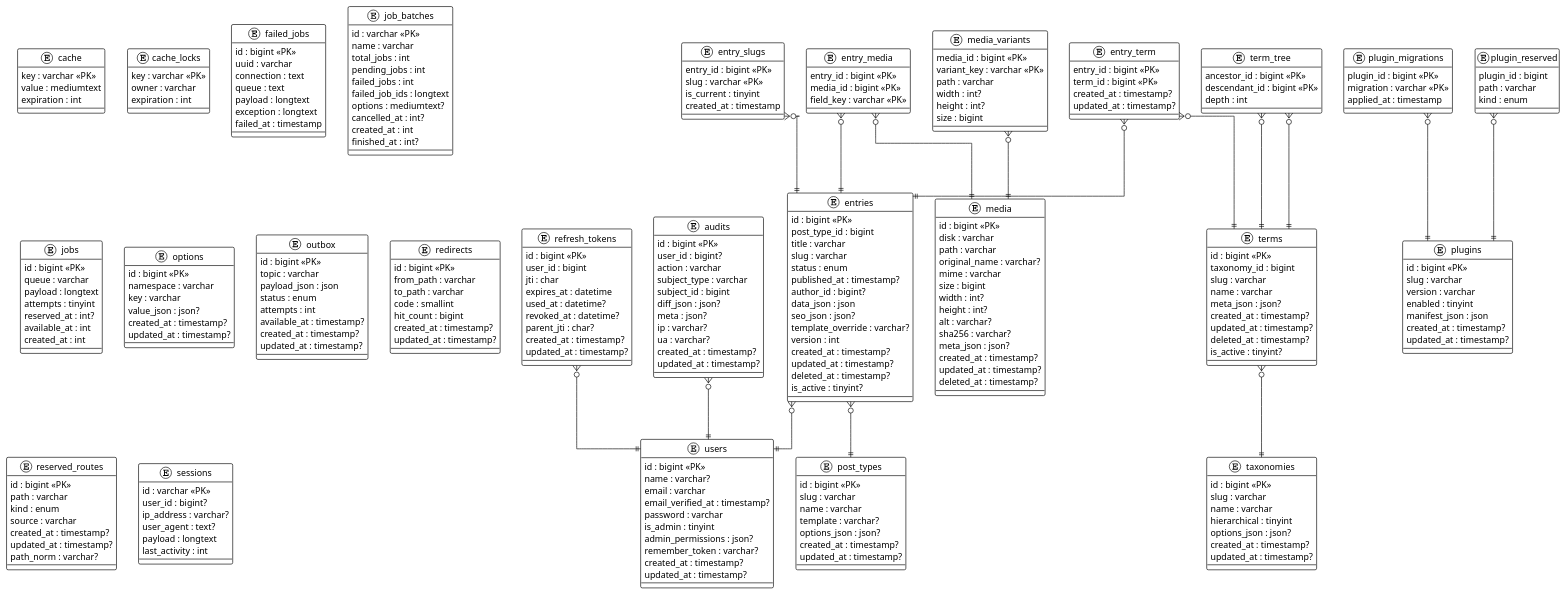
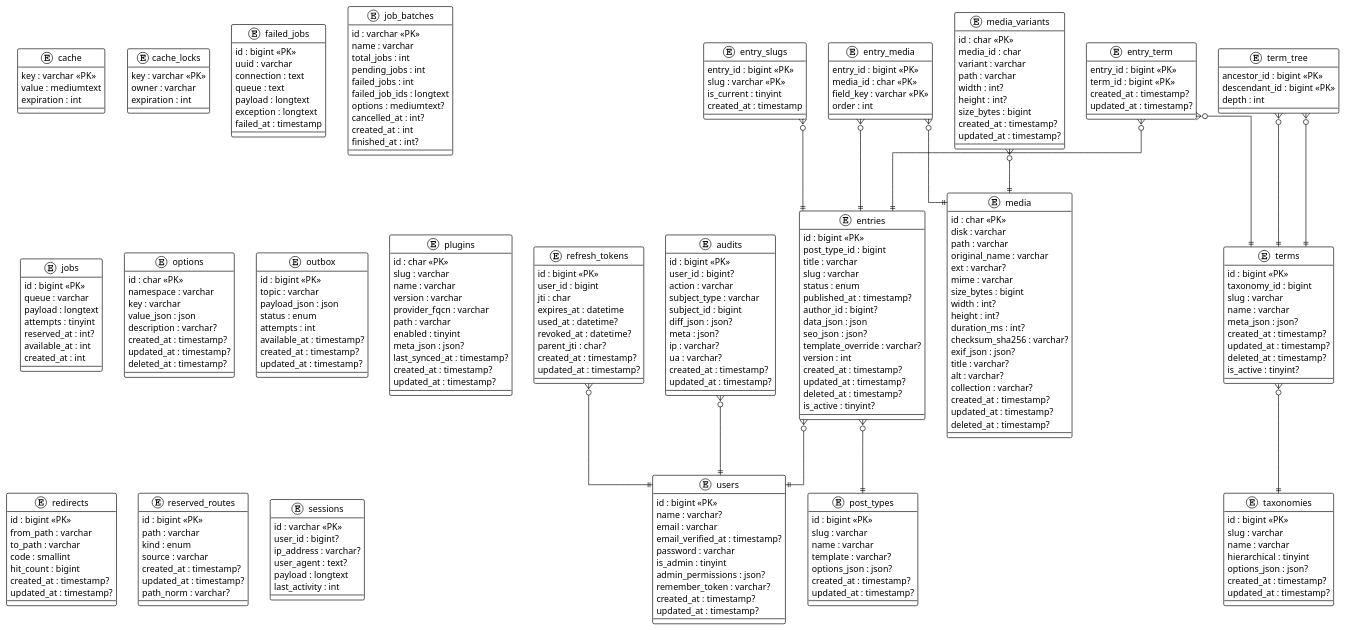
The diagram in docs/_generated/erd.puml (g00seberry/stupidCms), drawn with PlantUML before and after one commit. The commit also changed 48 other files, not shown here.

```diff
--- a/docs/_generated/erd.puml
+++ b/docs/_generated/erd.puml
@@ -48,8 +48,9 @@
 
 entity "entry_media" as entry_media {
   entry_id : bigint <<PK>>
-  media_id : bigint <<PK>>
+  media_id : char <<PK>>
   field_key : varchar <<PK>>
+  order : int
 }
 
 entity "entry_slugs" as entry_slugs {
@@ -100,38 +101,47 @@
 }
 
 entity "media" as media {
-  id : bigint <<PK>>
+  id : char <<PK>>
   disk : varchar
   path : varchar
-  original_name : varchar?
+  original_name : varchar
+  ext : varchar?
   mime : varchar
-  size : bigint
+  size_bytes : bigint
   width : int?
   height : int?
+  duration_ms : int?
+  checksum_sha256 : varchar?
+  exif_json : json?
+  title : varchar?
   alt : varchar?
-  sha256 : varchar?
-  meta_json : json?
+  collection : varchar?
   created_at : timestamp?
   updated_at : timestamp?
   deleted_at : timestamp?
 }
 
 entity "media_variants" as media_variants {
-  media_id : bigint <<PK>>
-  variant_key : varchar <<PK>>
+  id : char <<PK>>
+  media_id : char
+  variant : varchar
   path : varchar
   width : int?
   height : int?
-  size : bigint
+  size_bytes : bigint
+  created_at : timestamp?
+  updated_at : timestamp?
 }
 
 entity "options" as options {
-  id : bigint <<PK>>
+  id : char <<PK>>
   namespace : varchar
   key : varchar
-  value_json : json?
+  value_json : json
+  description : varchar?
   created_at : timestamp?
   updated_at : timestamp?
+  deleted_at : timestamp?
 }
 
 entity "outbox" as outbox {
@@ -145,24 +155,16 @@
   updated_at : timestamp?
 }
 
-entity "plugin_migrations" as plugin_migrations {
-  plugin_id : bigint <<PK>>
-  migration : varchar <<PK>>
-  applied_at : timestamp
-}
-
-entity "plugin_reserved" as plugin_reserved {
-  plugin_id : bigint
+entity "plugins" as plugins {
+  id : char <<PK>>
+  slug : varchar
+  name : varchar
+  version : varchar
+  provider_fqcn : varchar
   path : varchar
-  kind : enum
-}
-
-entity "plugins" as plugins {
-  id : bigint <<PK>>
-  slug : varchar
-  version : varchar
   enabled : tinyint
-  manifest_json : json
+  meta_json : json?
+  last_synced_at : timestamp?
   created_at : timestamp?
   updated_at : timestamp?
 }
@@ -268,8 +270,6 @@
 entry_term }o--|| entries
 entry_term }o--|| terms
 media_variants }o--|| media
-plugin_migrations }o--|| plugins
-plugin_reserved }o--|| plugins
 refresh_tokens }o--|| users
 term_tree }o--|| terms
 term_tree }o--|| terms
```
